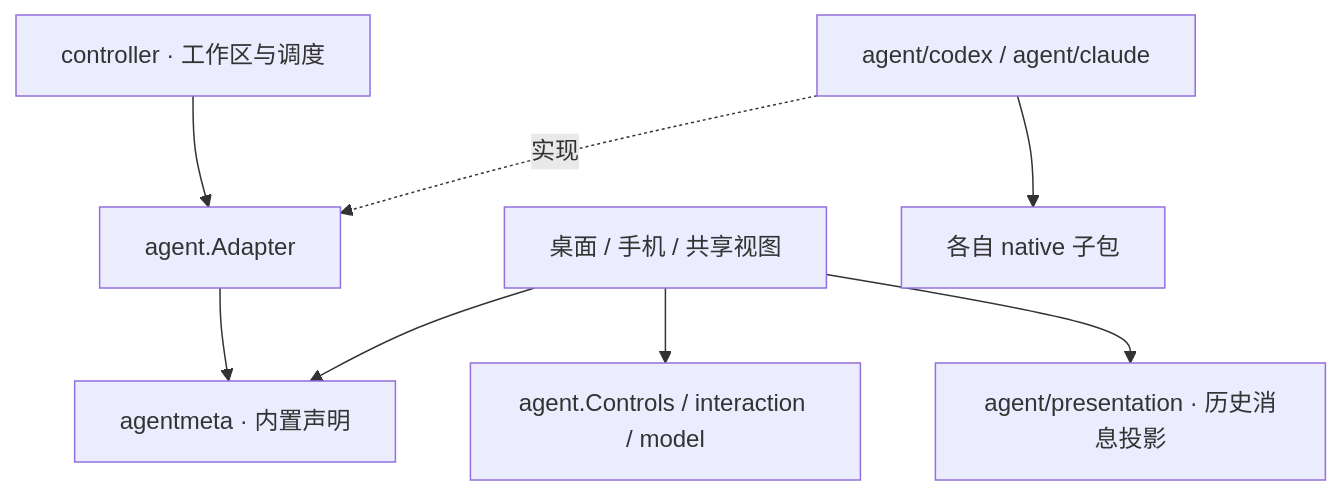
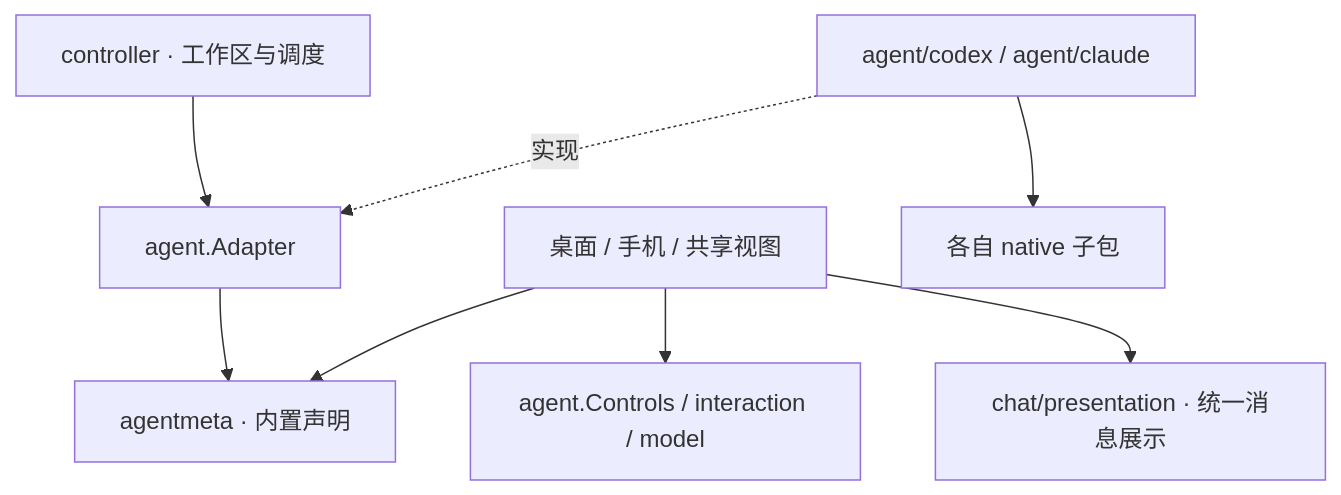
One commit to daodao97/miya changed the diagram in docs/agent-adapters.md. Above: the diagram before and after it, drawn with Mermaid. The commit also changed other lines of this file and 379 other files, not shown here.

````diff
--- a/docs/agent-adapters.md
+++ b/docs/agent-adapters.md
@@ -9,10 +9,10 @@
 ```mermaid
 flowchart TD
     UI[桌面 / 手机 / 共享视图] --> Contract[agent.Controls / interaction / model]
-    UI --> Projection[agent/presentation · 历史消息投影]
+    UI --> Projection[chat/presentation · 统一消息展示]
     Host[controller · 工作区与调度] --> Adapter[agent.Adapter]
     Native[agent/codex / agent/claude] -.实现.-> Adapter
     Native --> Protocol[各自 native 子包]
     Adapter --> Meta[agentmeta · 内置声明]
     UI --> Meta
 ```
````
